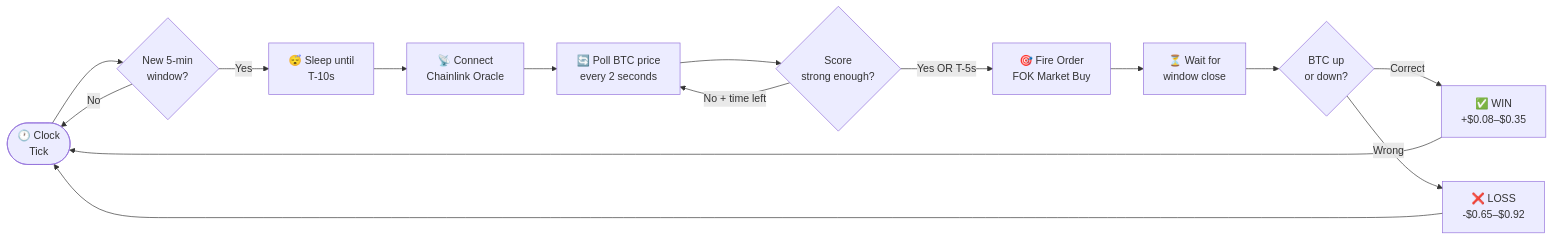
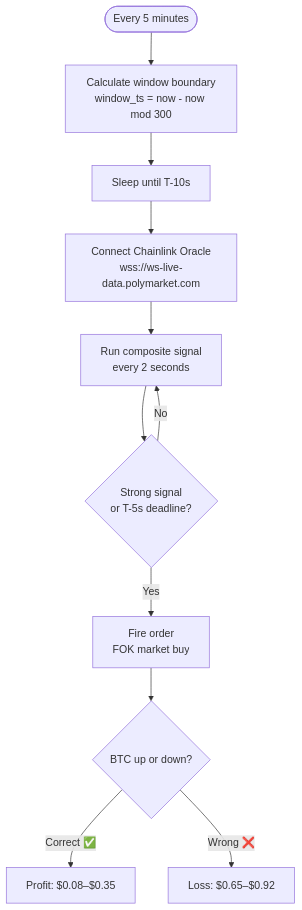
The diagram in README.md (Suuuryaa/polymarket-edge-research), drawn with Mermaid before and after one commit. The commit also changed other lines of this file, not shown here.

Commit message:
docs: clean up README with tables and single diagram

````diff
--- a/README.md
+++ b/README.md
@@ -23,17 +24,13 @@
 ```mermaid
-flowchart LR
-    A([🕐 Clock\nTick]) --> B{New 5-min\nwindow?}
-    B -- No --> A
-    B -- Yes --> C[😴 Sleep until\nT-10s]
-    C --> D[📡 Connect\nChainlink Oracle]
-    D --> E[🔄 Poll BTC price\nevery 2 seconds]
-    E --> F{Score\nstrong enough?}
-    F -- No + time left --> E
-    F -- Yes OR T-5s --> G[🎯 Fire Order\nFOK Market Buy]
-    G --> H[⏳ Wait for\nwindow close]
-    H --> I{BTC up\nor down?}
-    I -- Correct --> J[✅ WIN\n+$0.08–$0.35]
-    I -- Wrong --> K[❌ LOSS\n-$0.65–$0.92]
-    J --> A
-    K --> A
+flowchart TD
+    A([Every 5 minutes]) --> B[Calculate window boundary\nwindow_ts = now - now mod 300]
+    B --> C[Sleep until T-10s]
+    C --> D[Connect Chainlink Oracle\nwss://ws-live-data.polymarket.com]
+    D --> E[Run composite signal\nevery 2 seconds]
+    E --> F{Strong signal\nor T-5s deadline?}
+    F -->|No| E
+    F -->|Yes| G[Fire order\nFOK market buy]
+    G --> H{BTC up or down?}
+    H -->|Correct ✅| I[Profit: $0.08–$0.35]
+    H -->|Wrong ❌| J[Loss: $0.65–$0.92]
 ```
````
